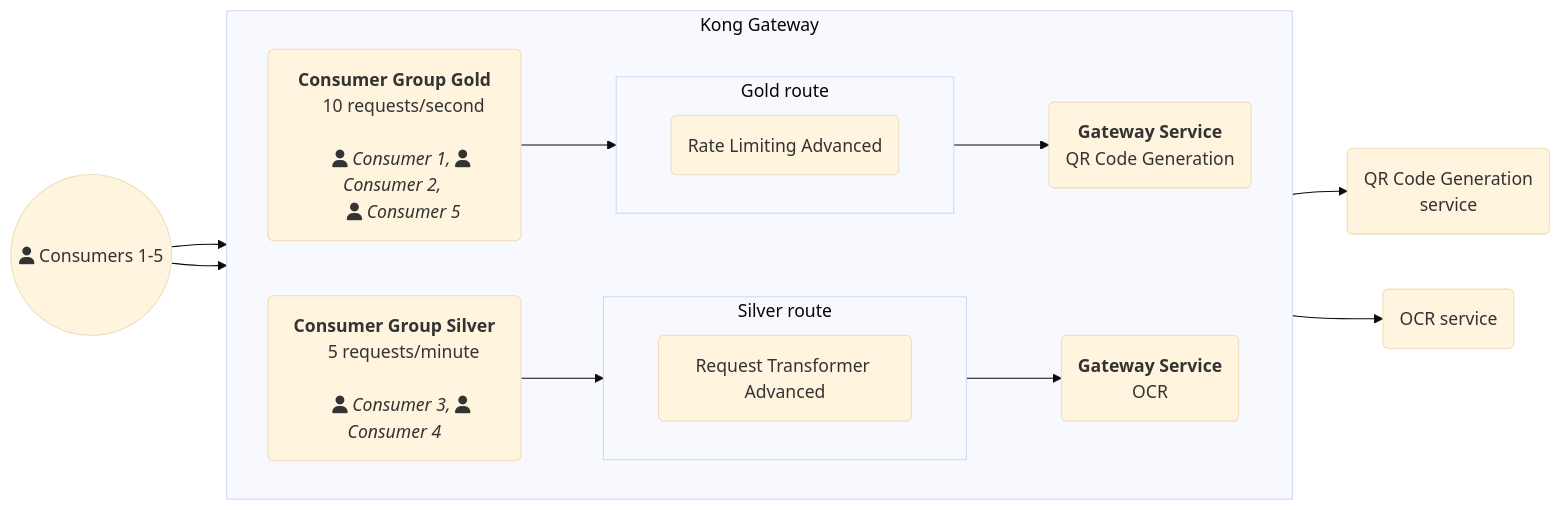
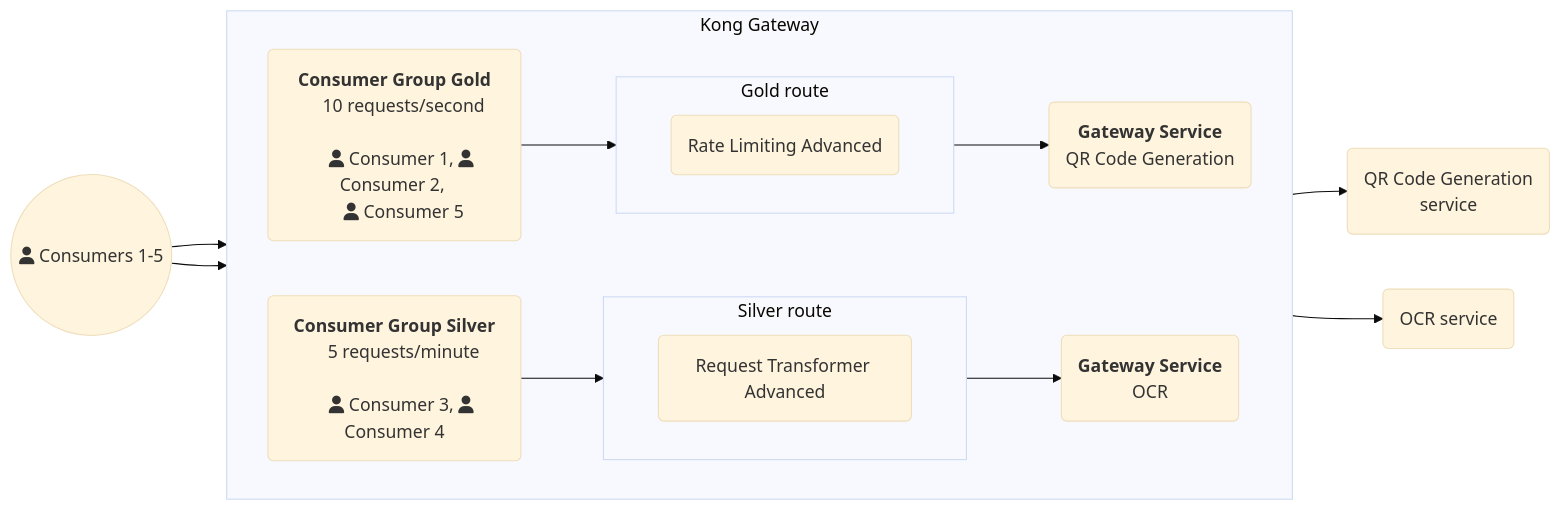
The diagram in app/_gateway_entities/consumer-group.md (Kong/developer.konghq.com), drawn with Mermaid (base theme) before and after one commit. The commit also changed other lines of this file and 5 other files, not shown here.

```diff
--- a/app/_gateway_entities/consumer-group.md
+++ b/app/_gateway_entities/consumer-group.md
@@ -48,43 +57,43 @@
 {% mermaid %}
 flowchart LR
     A((fa:fa-user Consumers 1-5))
 
     B(<b>Consumer Group Gold</b>
     10 requests/second
 
-    <i>fa:fa-user Consumer 1, fa:fa-user Consumer 2, 
-    fa:fa-user Consumer 5</i> )
+    fa:fa-user Consumer 1, fa:fa-user Consumer 2, 
+    fa:fa-user Consumer 5 )
     
     C(<b>Consumer Group Silver</b>
     5 requests/minute
 
-    <i>fa:fa-user Consumer 3, fa:fa-user Consumer 4</i>)
+    fa:fa-user Consumer 3, fa:fa-user Consumer 4)
 
     D(Rate Limiting Advanced)
     E(Request Transformer Advanced)
     F(<b>Gateway Service</b>
     QR Code Generation)
     G(<b>Gateway Service</b>
     OCR)
     H(QR Code Generation 
     service)
     I(OCR service)
 
     A--> B & C
     subgraph id1 [Kong Gateway]
     direction LR
     B --> D --> F
         subgraph id2 [Gold route]
         direction LR
         D
         end
     C --> E --> G
         subgraph id3 [Silver route]
         direction LR
         E
         end
     end
 
     F --> H
     G --> I
 {% endmermaid %}
```
